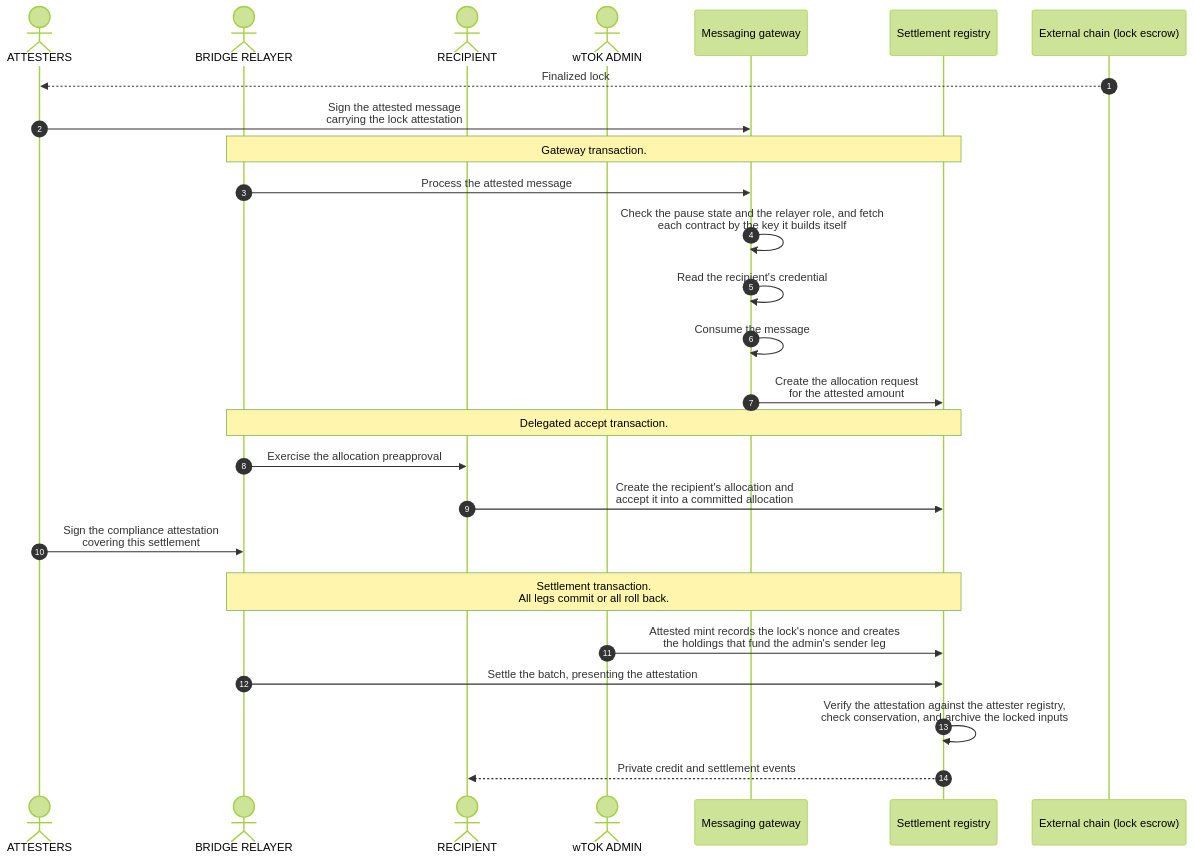
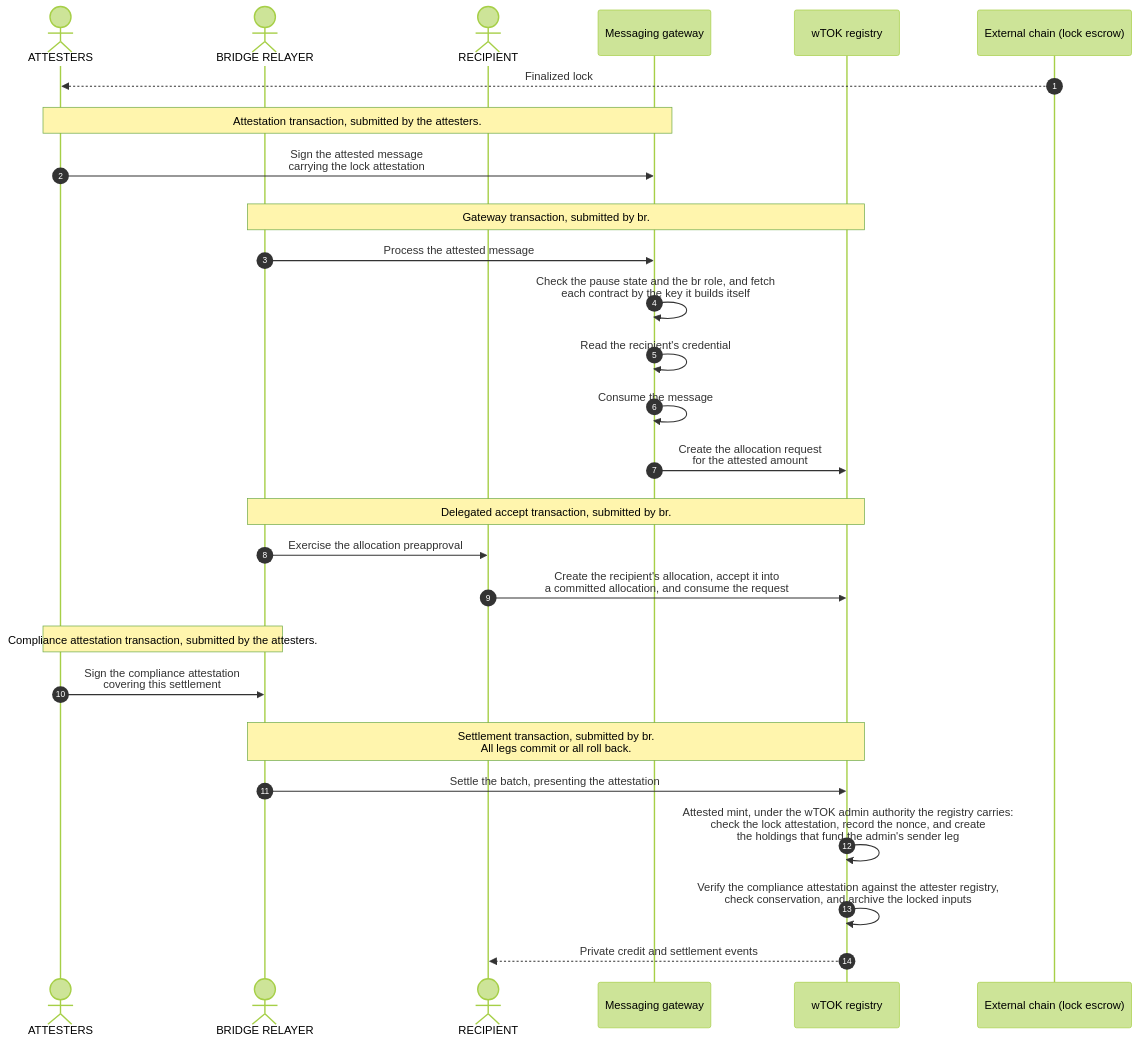
Before and after one commit to OpenZeppelin/canton-specs: the first of 4 diagrams in docs/reference-architectures/cross-chain-stablecoin.md, drawn with Mermaid (forest theme). The commit also changed other lines of this file and 1 other file, not shown here.

````diff
--- a/docs/reference-architectures/cross-chain-stablecoin.md
+++ b/docs/reference-architectures/cross-chain-stablecoin.md
@@ -311,31 +372,40 @@
 ```mermaid
 sequenceDiagram
     autonumber
     actor Attesters as ATTESTERS
     actor Relayer as BRIDGE RELAYER
     actor Recipient as RECIPIENT
-    actor Admin as wTOK ADMIN
     participant App as Messaging gateway
-    participant Registry as Settlement registry
+    participant Registry as wTOK registry
     participant Chain as External chain (lock escrow)
 
     Chain-->>Attesters: Finalized lock
-    Attesters->>App: Sign the attested message<br/>carrying the lock attestation
-    Note over Relayer,Registry: Gateway transaction.
-    Relayer->>App: Process the attested message
-    App->>App: Check the pause state and the relayer role, and fetch<br/>each contract by the key it builds itself
-    App->>App: Read the recipient's credential
-    App->>App: Consume the message
-    App->>Registry: Create the allocation request<br/>for the attested amount
-    Note over Relayer,Registry: Delegated accept transaction.
-    Relayer->>Recipient: Exercise the allocation preapproval
-    Recipient->>Registry: Create the recipient's allocation and<br/>accept it into a committed allocation
-    Attesters->>Relayer: Sign the compliance attestation<br/>covering this settlement
     rect rgba(255, 255, 255, .1)
-        Note over Relayer,Registry: Settlement transaction.<br/>All legs commit or all roll back.
-        Admin->>Registry: Attested mint records the lock's nonce and creates<br/>the holdings that fund the admin's sender leg
+        Note over Attesters,App: Attestation transaction, submitted by the attesters.
+        Attesters->>App: Sign the attested message<br/>carrying the lock attestation
+    end
+    rect rgba(255, 255, 255, .1)
+        Note over Relayer,Registry: Gateway transaction, submitted by br.
+        Relayer->>App: Process the attested message
+        App->>App: Check the pause state and the br role, and fetch<br/>each contract by the key it builds itself
+        App->>App: Read the recipient's credential
+        App->>App: Consume the message
+        App->>Registry: Create the allocation request<br/>for the attested amount
+    end
+    rect rgba(255, 255, 255, .1)
+        Note over Relayer,Registry: Delegated accept transaction, submitted by br.
+        Relayer->>Recipient: Exercise the allocation preapproval
+        Recipient->>Registry: Create the recipient's allocation, accept it into<br/>a committed allocation, and consume the request
+    end
+    rect rgba(255, 255, 255, .1)
+        Note over Attesters,Relayer: Compliance attestation transaction, submitted by the attesters.
+        Attesters->>Relayer: Sign the compliance attestation<br/>covering this settlement
+    end
+    rect rgba(255, 255, 255, .1)
+        Note over Relayer,Registry: Settlement transaction, submitted by br.<br/>All legs commit or all roll back.
         Relayer->>Registry: Settle the batch, presenting the attestation
-        Registry->>Registry: Verify the attestation against the attester registry,<br/>check conservation, and archive the locked inputs
+        Registry->>Registry: Attested mint, under the wTOK admin authority the registry carries:<br/>check the lock attestation, record the nonce, and create<br/>the holdings that fund the admin's sender leg
+        Registry->>Registry: Verify the compliance attestation against the attester registry,<br/>check conservation, and archive the locked inputs
         Registry-->>Recipient: Private credit and settlement events
     end
 ```
````
